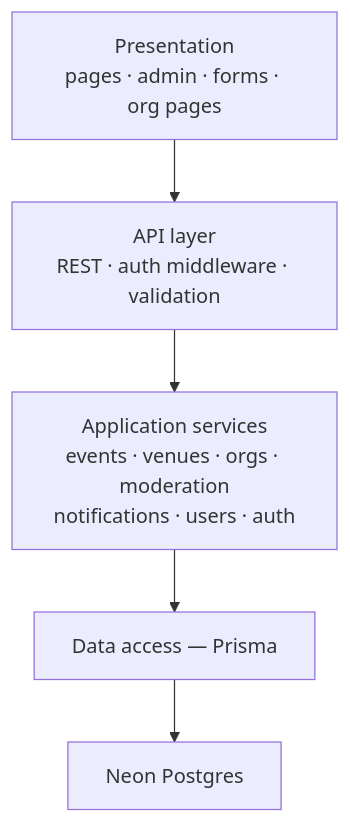
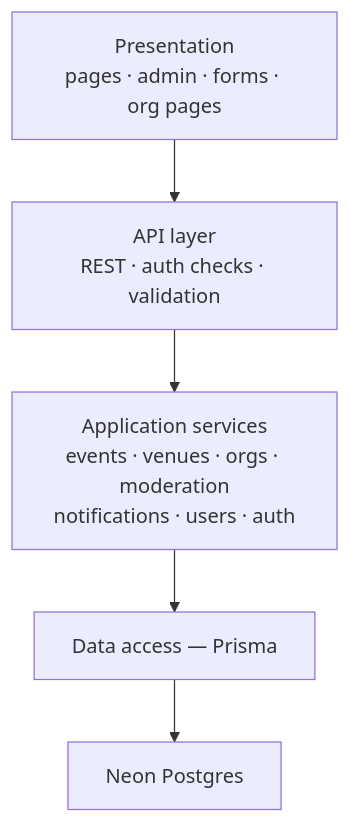
Before and after one commit to liaHi19/ua-hub: the third of 3 diagrams in .claude/standards/architecture.md, drawn with Mermaid. The commit also changed other lines of this file and 15 other files, not shown here.

````diff
--- a/.claude/standards/architecture.md
+++ b/.claude/standards/architecture.md
@@ -119,9 +120,9 @@
 ```mermaid
 graph TD
     P["Presentation<br/>pages · admin · forms · org pages"]
-    A["API layer<br/>REST · auth middleware · validation"]
+    A["API layer<br/>REST · auth checks · validation"]
     S["Application services<br/>events · venues · orgs · moderation<br/>notifications · users · auth"]
     D["Data access — Prisma"]
     DB["Neon Postgres"]
     P --> A --> S --> D --> DB
 ```
````
